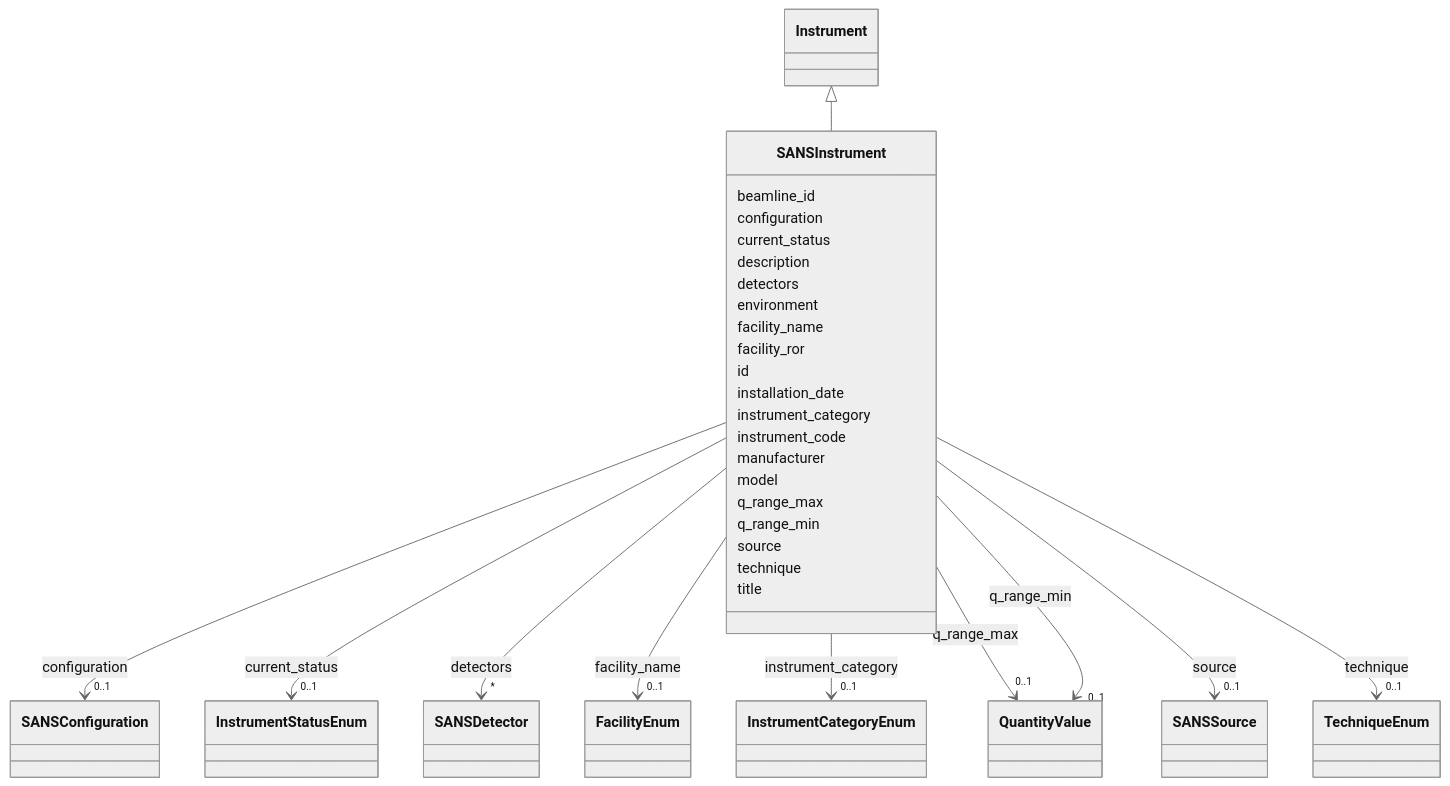
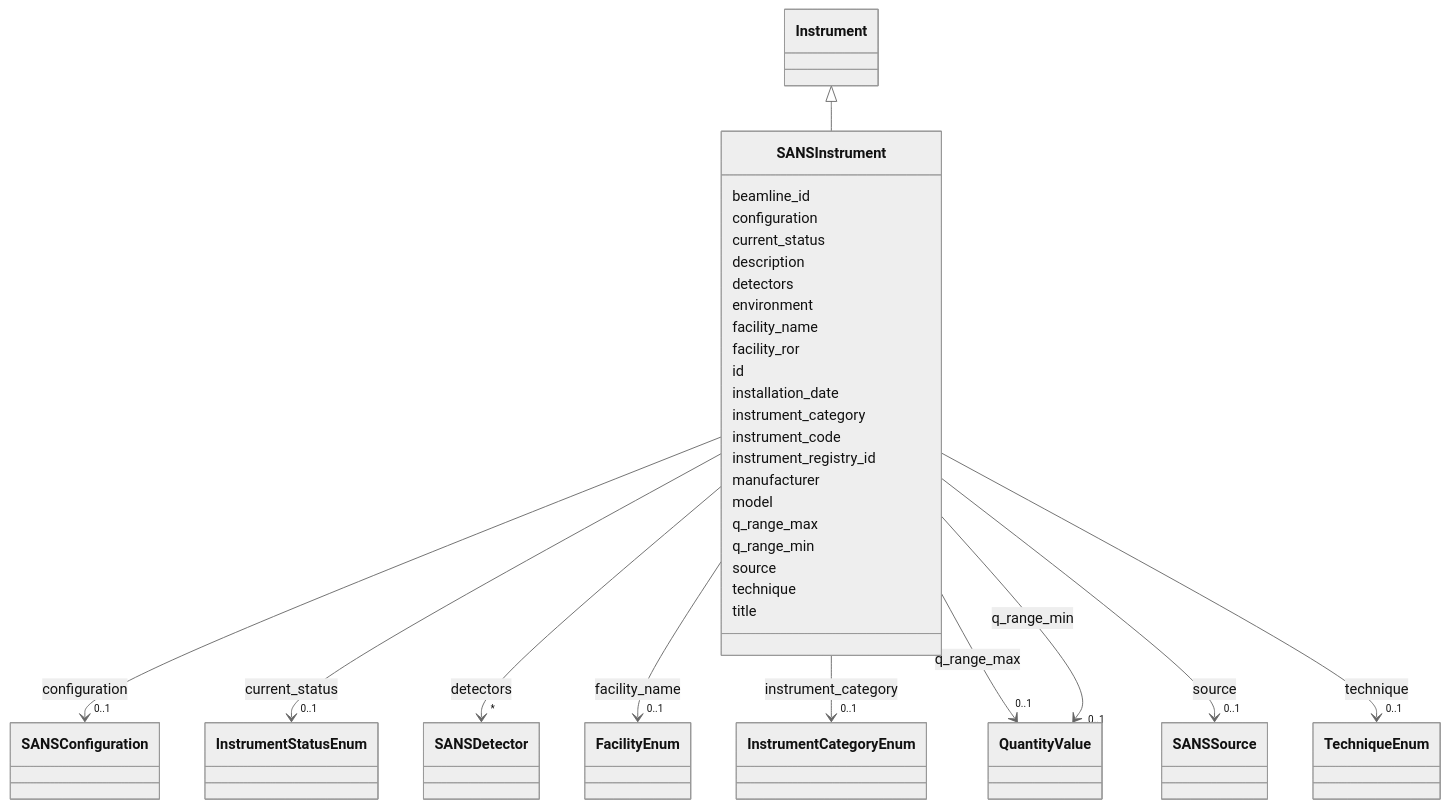
The diagram in docs/elements/SANSInstrument.md (lambda-ber/lambda-ber-schema), drawn with Mermaid (neutral theme) before and after one commit. The commit also changed other lines of this file and 236 other files, not shown here.

```diff
--- a/docs/elements/SANSInstrument.md
+++ b/docs/elements/SANSInstrument.md
@@ -91,6 +91,8 @@
         
       SANSInstrument : instrument_code
         
+      SANSInstrument : instrument_registry_id
+        
       SANSInstrument : manufacturer
         
       SANSInstrument : model
```
